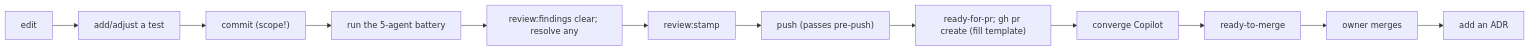
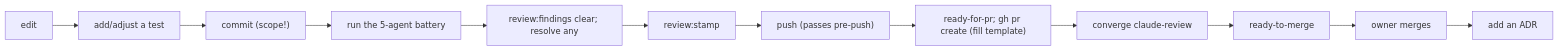
One commit to erikunha/portfolio changed the diagram in docs/handbook/onboarding.md. Above: the diagram before and after it, drawn with Mermaid. The commit also changed 26 other files, not shown here.

First line of the commit message:
feat(review): claude-review-only gate + purge Copilot from tooling/docs (#155)

````diff
--- a/docs/handbook/onboarding.md
+++ b/docs/handbook/onboarding.md
@@ -26,9 +26,9 @@
 ```mermaid
 flowchart LR
     edit["edit"] --> tdd["add/adjust a test"] --> commit["commit (scope!)"]
     commit --> battery["run the 5-agent battery"] --> ledger["review:findings clear; resolve any"]
     ledger --> stamp["review:stamp"] --> push["push (passes pre-push)"]
     push --> pr["ready-for-pr; gh pr create (fill template)"]
-    pr --> conv["converge Copilot"] --> ready["ready-to-merge"] --> owner["owner merges"]
+    pr --> conv["converge claude-review"] --> ready["ready-to-merge"] --> owner["owner merges"]
     owner --> adr["add an ADR"]
 ```
````
